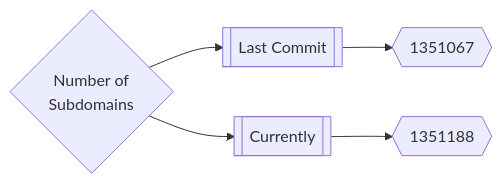
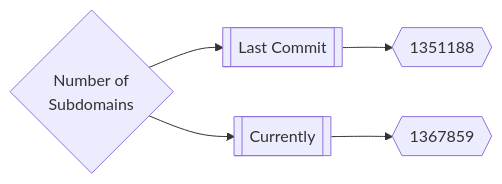
The first of 3 diagrams in README.md (trickest/inventory), drawn with Mermaid before and after one commit. The commit also changed other lines of this file and 129 other files, not shown here.

````diff
--- a/README.md
+++ b/README.md
@@ -165,5 +165,5 @@
 ```mermaid
 graph LR
-title{Number of<br>Subdomains} --> subdomainsDate1[[Last Commit]] --> subdomainsNum1{{1351067}}
-title --> subdomainsDate2[[Currently]] --> subdomainsNum2{{1351188}}
+title{Number of<br>Subdomains} --> subdomainsDate1[[Last Commit]] --> subdomainsNum1{{1351188}}
+title --> subdomainsDate2[[Currently]] --> subdomainsNum2{{1367859}}
 ```
````
